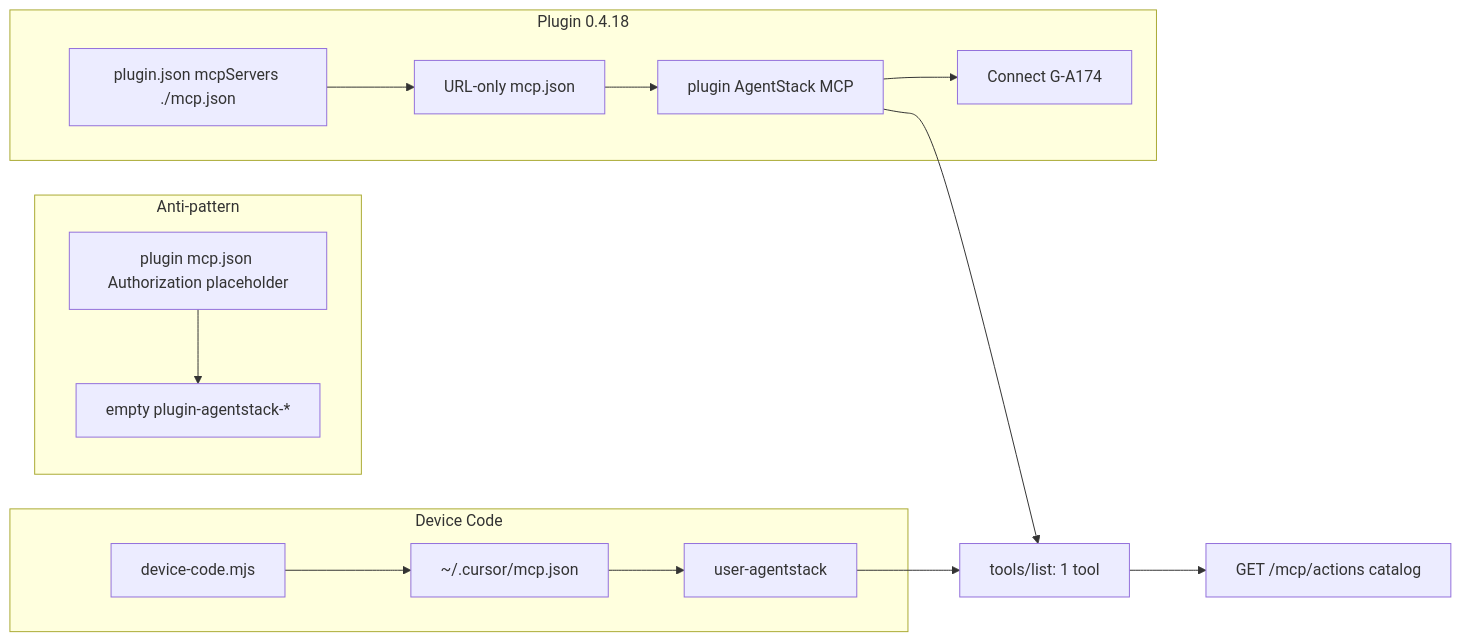
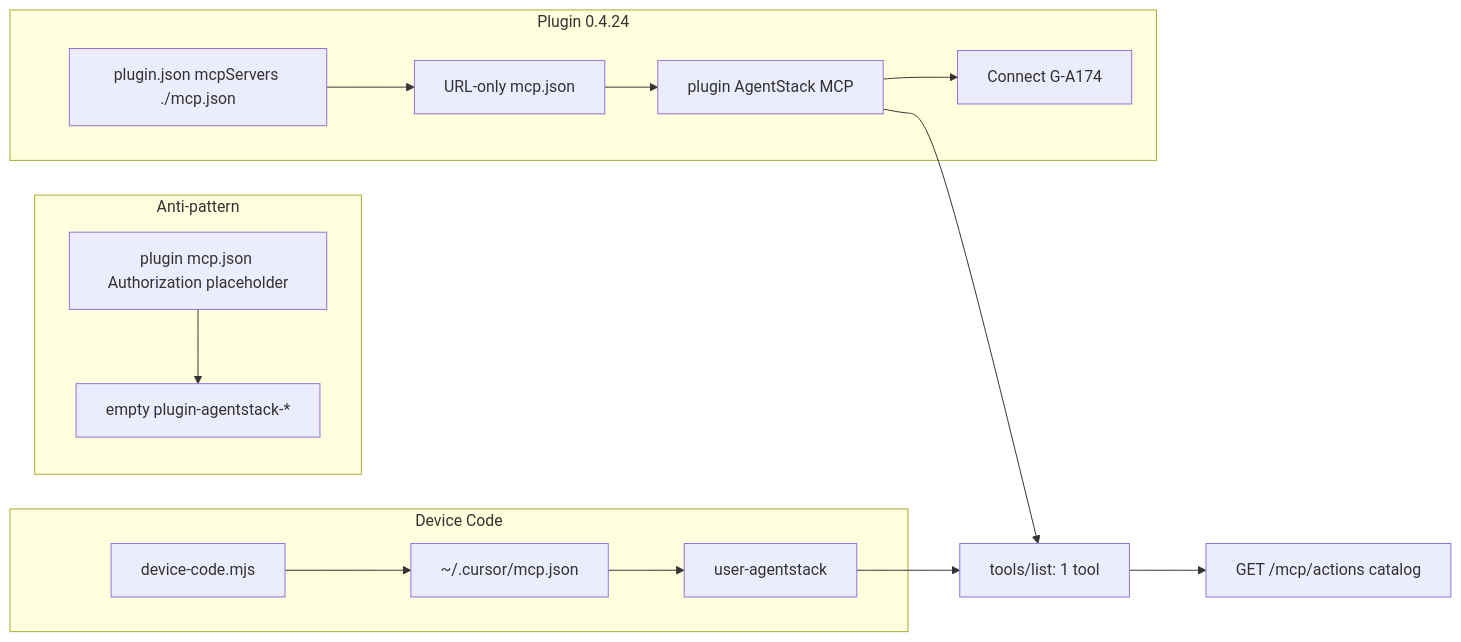
One commit to agentstacktech/cursor-plugin changed the second of 2 diagrams in FLOW.md. Above: the diagram before and after it, drawn with Mermaid. The commit also changed other lines of this file and 55 other files, not shown here.

First line of the commit message:
Release 0.4.24: MCP bridge hooks, Work Graph self-desc SKILL, and catalog refresh.

````diff
--- a/FLOW.md
+++ b/FLOW.md
@@ -80,21 +80,21 @@
 ```mermaid
 flowchart LR
   subgraph forbidden [Anti-pattern]
     PH["plugin mcp.json Authorization placeholder"]
     PH --> CS1[empty plugin-agentstack-*]
   end
-  subgraph pluginPlane [Plugin 0.4.18]
+  subgraph pluginPlane [Plugin 0.4.24]
     PJ["plugin.json mcpServers ./mcp.json"]
     PJ --> MCPF[URL-only mcp.json]
     MCPF --> CS3[plugin AgentStack MCP]
     CS3 --> CON[Connect G-A174]
   end
   subgraph userPlane [Device Code]
     DC[device-code.mjs]
     DC --> UM[~/.cursor/mcp.json]
     UM --> CS2[user-agentstack]
   end
   CS3 --> TL[tools/list: 1 tool]
   CS2 --> TL
   TL --> AC[GET /mcp/actions catalog]
 ```
````
